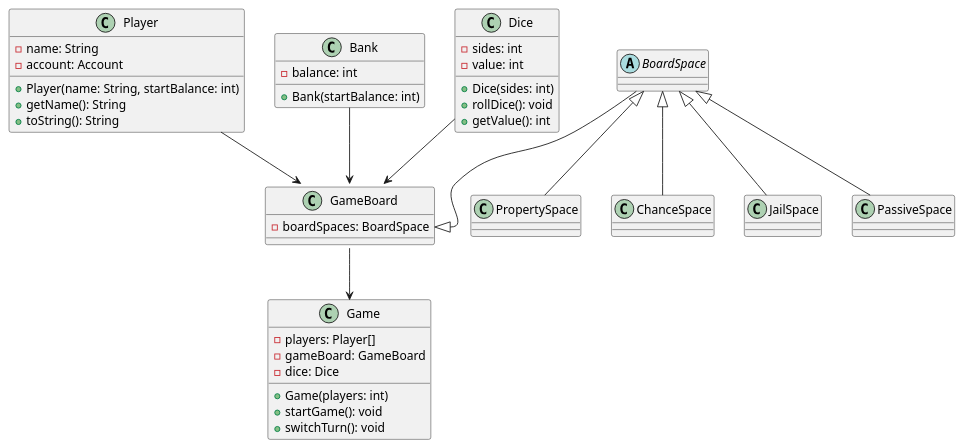
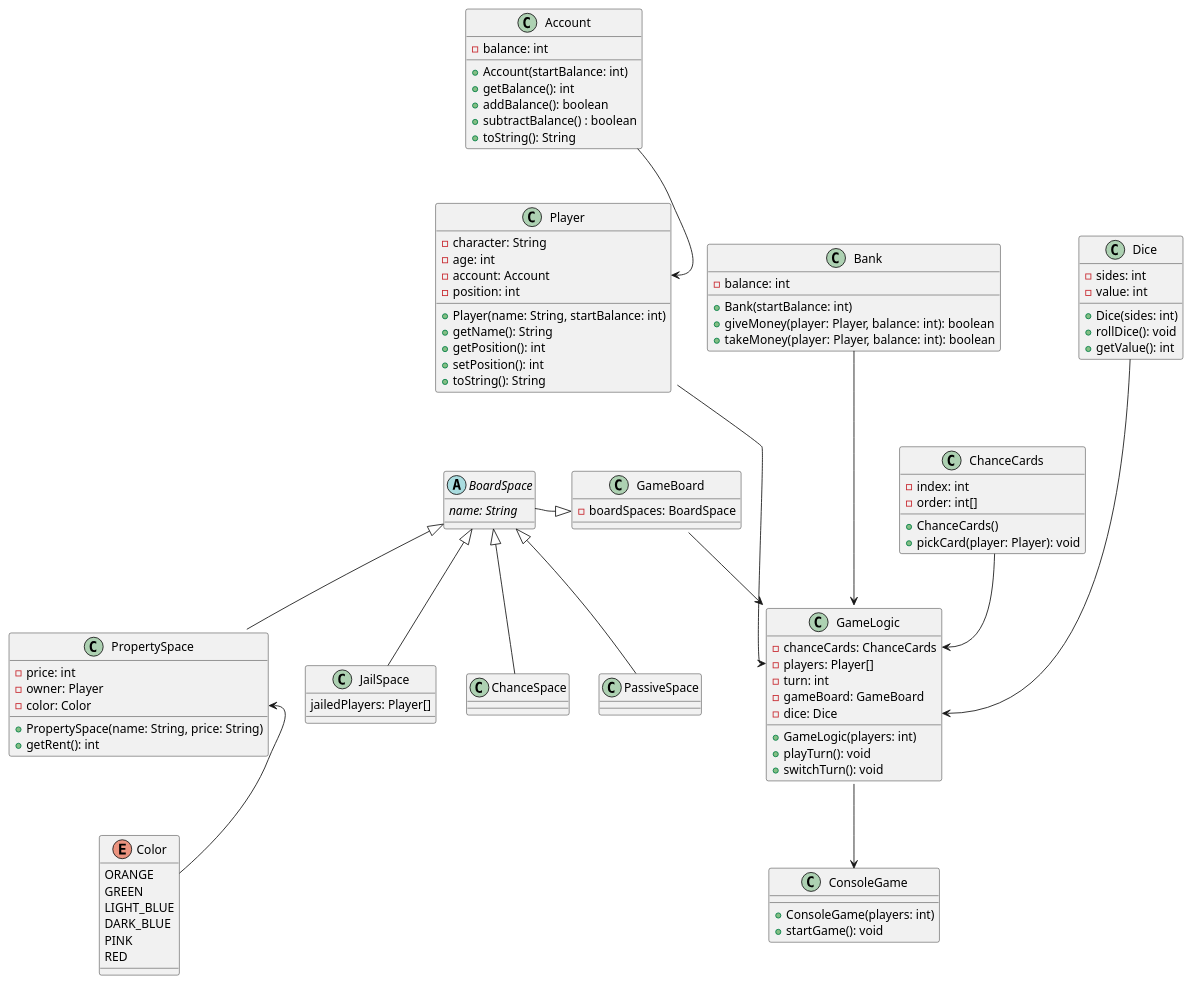
The diagram in diagrams/class_diagram.wsd (CDIO-gruppe-13/CDIO-del.-3), drawn with PlantUML before and after one commit.

Commit message:
class diagram update

```diff
--- a/diagrams/class_diagram.wsd
+++ b/diagrams/class_diagram.wsd
@@ -1,48 +1,109 @@
 @startuml class_diagram
+class Account {
+    - balance: int
+    + Account(startBalance: int)
+    + getBalance(): int
+    + addBalance(): boolean
+    + subtractBalance() : boolean
+    + toString(): String
+}
+
 class Player {
-    - name: String
+    - character: String
+    - age: int
     - account: Account
+    - position: int
     + Player(name: String, startBalance: int)
     + getName(): String
+    + getPosition(): int
+    + setPosition(): int
     + toString(): String
 }
+
+Account --> Player::account
 
 class Bank {
     - balance: int
     + Bank(startBalance: int)
+    + giveMoney(player: Player, balance: int): boolean
+    + takeMoney(player: Player, balance: int): boolean
+}
+
+abstract class BoardSpace {
+    {abstract} name: String
+}
+
+class PropertySpace {
+    - price: int
+    - owner: Player
+    - color: Color
+    + PropertySpace(name: String, price: String)
+    + getRent(): int
+}
+
+enum Color {
+    ORANGE
+    GREEN
+    LIGHT_BLUE
+    DARK_BLUE
+    PINK
+    RED
+}
+
+class JailSpace {
+    jailedPlayers: Player[]
+}
+
+class ChanceSpace {}
+
+class ChanceCards {
+    - index: int
+    - order: int[]
+    + ChanceCards()
+    + pickCard(player: Player): void
 }
 
 class GameBoard {
     - boardSpaces: BoardSpace
 }
 
 class Dice {
     - sides: int
     - value: int
     + Dice(sides: int)
     + rollDice(): void
     + getValue(): int
 }
 
-abstract class BoardSpace {}
+PropertySpace::color <-- Color
 
 BoardSpace <|-- PropertySpace
 BoardSpace <|-- ChanceSpace
 BoardSpace <|-- JailSpace
 BoardSpace <|-- PassiveSpace
-BoardSpace --|> GameBoard::boardSpaces
+BoardSpace -|> GameBoard::boardSpaces
 
-class Game {
+class GameLogic {
+    - chanceCards: ChanceCards
     - players: Player[]
+    - turn: int
     - gameBoard: GameBoard
     - dice: Dice
-    + Game(players: int)
-    + startGame(): void
+    + GameLogic(players: int)
+    + playTurn(): void
     + switchTurn(): void
 }
 
-Bank --> GameBoard::bank
-Player --> GameBoard::players
-Dice --> GameBoard::dice
-GameBoard --> Game
+ChanceCards --> GameLogic::chanceCards
+Bank ---> GameLogic::bank
+Player ---> GameLogic::players
+Dice ---> GameLogic::dice
+GameBoard --> GameLogic
+
+class ConsoleGame {
+    + ConsoleGame(players: int)
+    + startGame(): void
+}
+
+GameLogic --> ConsoleGame
 @enduml
```
